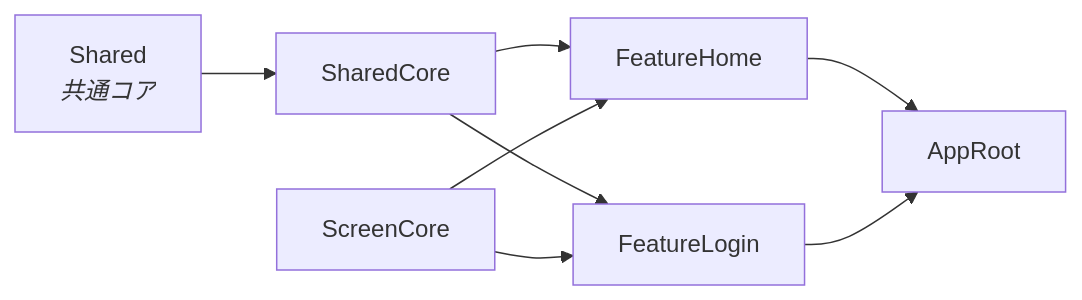
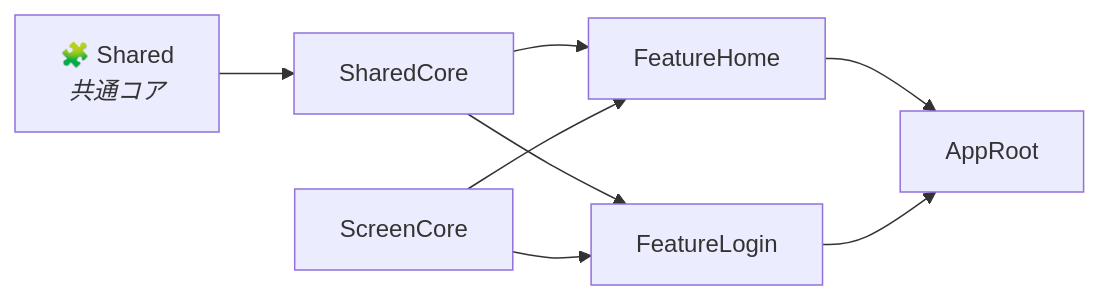
The second of 2 diagrams in README.md (yossibank/ios-app-template), drawn with Mermaid before and after one commit. The commit also changed other lines of this file and 1 other file, not shown here.

Commit message:
Organize the README and CLAUDE.md with tables, diagrams and alerts

````diff
--- a/README.md
+++ b/README.md
@@ -37,15 +38,15 @@
 ```mermaid
 flowchart LR
-    SHARED["Shared<br/><i>共通コア</i>"]
+    SHARED["🧩 Shared<br/><i>共通コア</i>"]
     SHAREDCORE["SharedCore"]
     SCREENCORE["ScreenCore"]
     HOME["FeatureHome"]
     LOGIN["FeatureLogin"]
     ROOT["AppRoot"]
     SHARED --> SHAREDCORE --> HOME
     SCREENCORE --> HOME
     SHAREDCORE --> LOGIN
     SCREENCORE --> LOGIN
     HOME --> ROOT
     LOGIN --> ROOT
 ```
````
